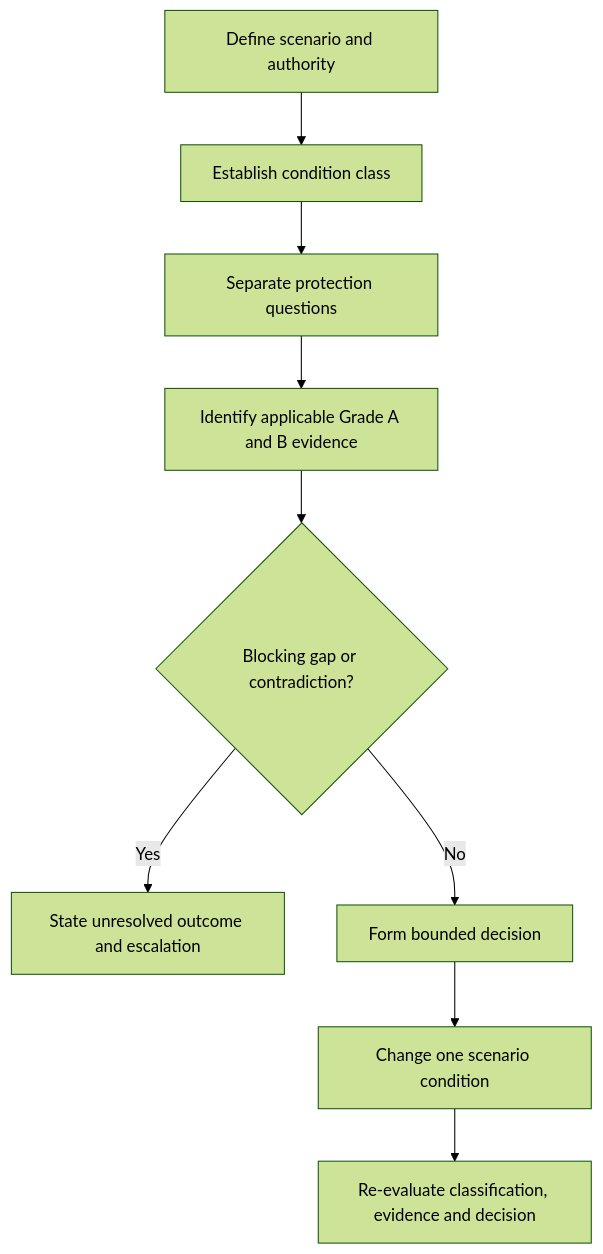
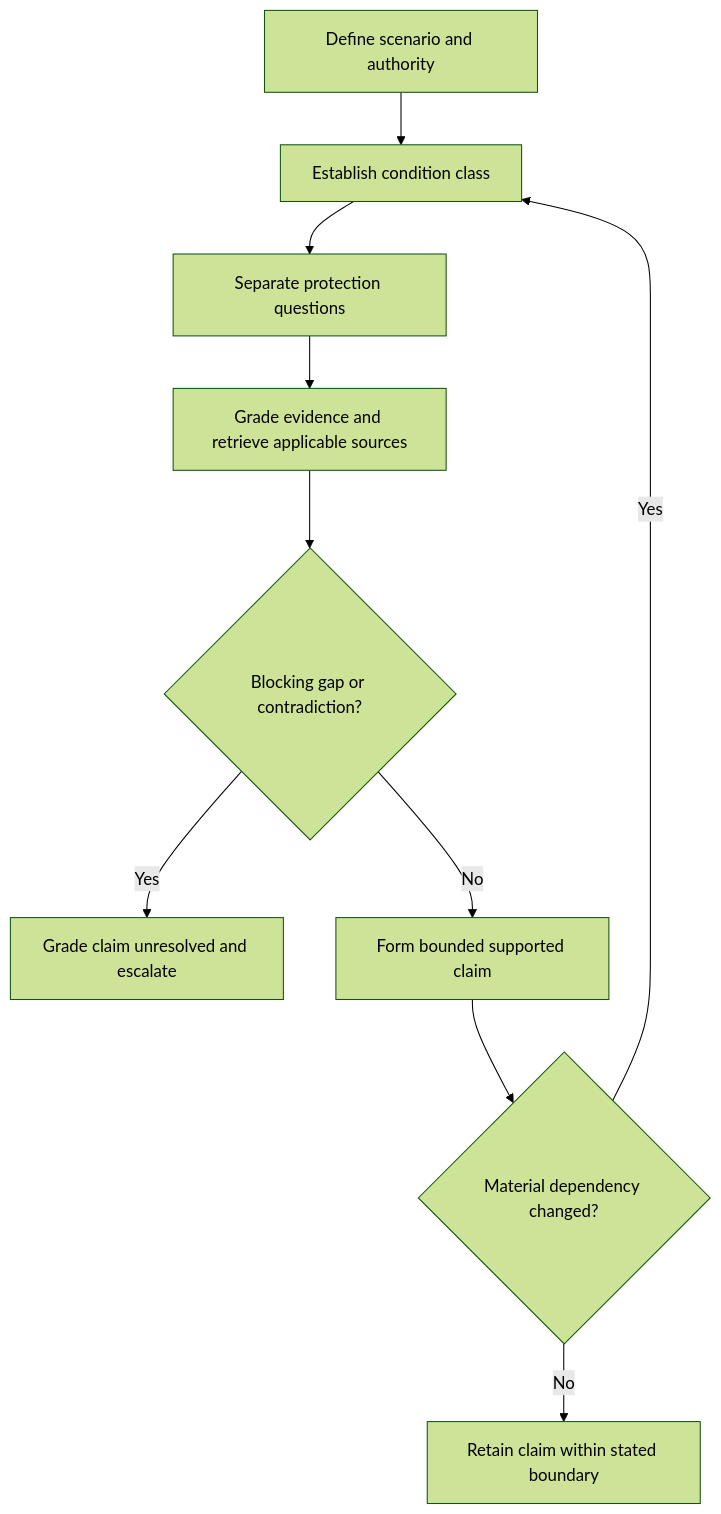
Before and after one commit to andrew3stedall/capstone: the first of 2 diagrams in docs/learning-plans/6-week/modules/day-07-week-1-protection-decision-checkpoint.md, drawn with Mermaid (forest theme). The commit also changed other lines of this file, not shown here.

````diff
--- a/docs/learning-plans/6-week/modules/day-07-week-1-protection-decision-checkpoint.md
+++ b/docs/learning-plans/6-week/modules/day-07-week-1-protection-decision-checkpoint.md
@@ -134,11 +156,12 @@
 ```mermaid
 flowchart TD
     A["Define scenario and authority"] --> B["Establish condition class"]
     B --> C["Separate protection questions"]
-    C --> D["Identify applicable Grade A and B evidence"]
+    C --> D["Grade evidence and retrieve applicable sources"]
     D --> E{"Blocking gap or contradiction?"}
-    E -->|"Yes"| F["State unresolved outcome and escalation"]
-    E -->|"No"| G["Form bounded decision"]
-    G --> H["Change one scenario condition"]
-    H --> I["Re-evaluate classification, evidence and decision"]
+    E -->|"Yes"| F["Grade claim unresolved and escalate"]
+    E -->|"No"| G["Form bounded supported claim"]
+    G --> H{"Material dependency changed?"}
+    H -->|"Yes"| B
+    H -->|"No"| I["Retain claim within stated boundary"]
 ```
````
